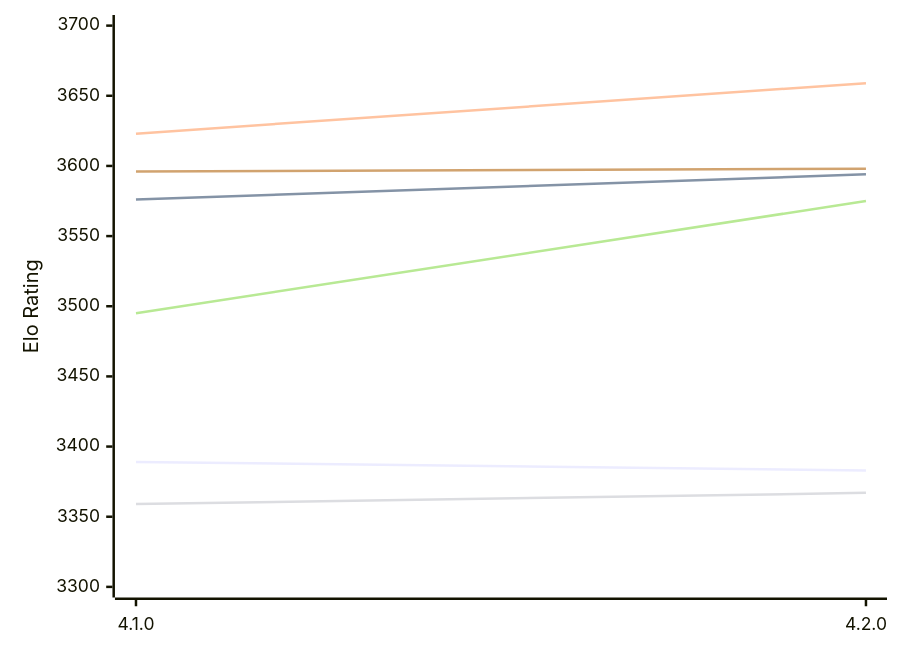
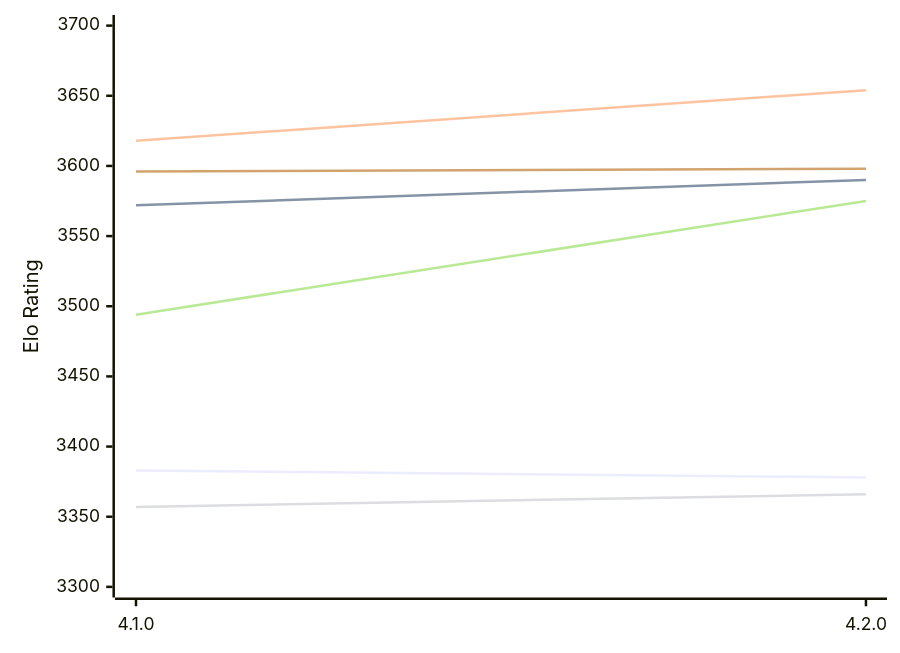
One commit to computer-chess-index/cci changed the first of 2 diagrams in engines/Raphael.md. Above: the diagram before and after it, drawn with Mermaid. The commit also changed other lines of this file, not shown here.

Commit message:
Update CCI Ratings (ELO VLTC) - 2026-11-26

````diff
--- a/engines/Raphael.md
+++ b/engines/Raphael.md
@@ -59,12 +59,12 @@
 ```mermaid
 %%{init: {"theme":"base","themeVariables":{"seriesColors:['#a3a3a3','#222221','#faa371']}}}%%
 xychart-beta
   x-axis ["4.1.0", "4.2.0"]
   y-axis "Elo Rating" 3300 --> 3700
-  line "E1: STC (8.0+0.08s)" [3389, 3383]
-  line "E1: LTC (60.0+0.60s)" [3576, 3594]
-  line "E1: VLTC (2m24s+1.12s)" [3623, 3659]
-  line "P1: STC (8.0+0.08s)" [3359, 3367]
-  line "P1: LTC (60.0+0.60s)" [3495, 3575]
+  line "E1: STC (8.0+0.08s)" [3383, 3378]
+  line "E1: LTC (60.0+0.60s)" [3572, 3590]
+  line "E1: VLTC (2m24s+1.12s)" [3618, 3654]
+  line "P1: STC (8.0+0.08s)" [3357, 3366]
+  line "P1: LTC (60.0+0.60s)" [3494, 3575]
   line "P1: VLTC (2m24s+1.12s)" [3596, 3598]
 ```
````
